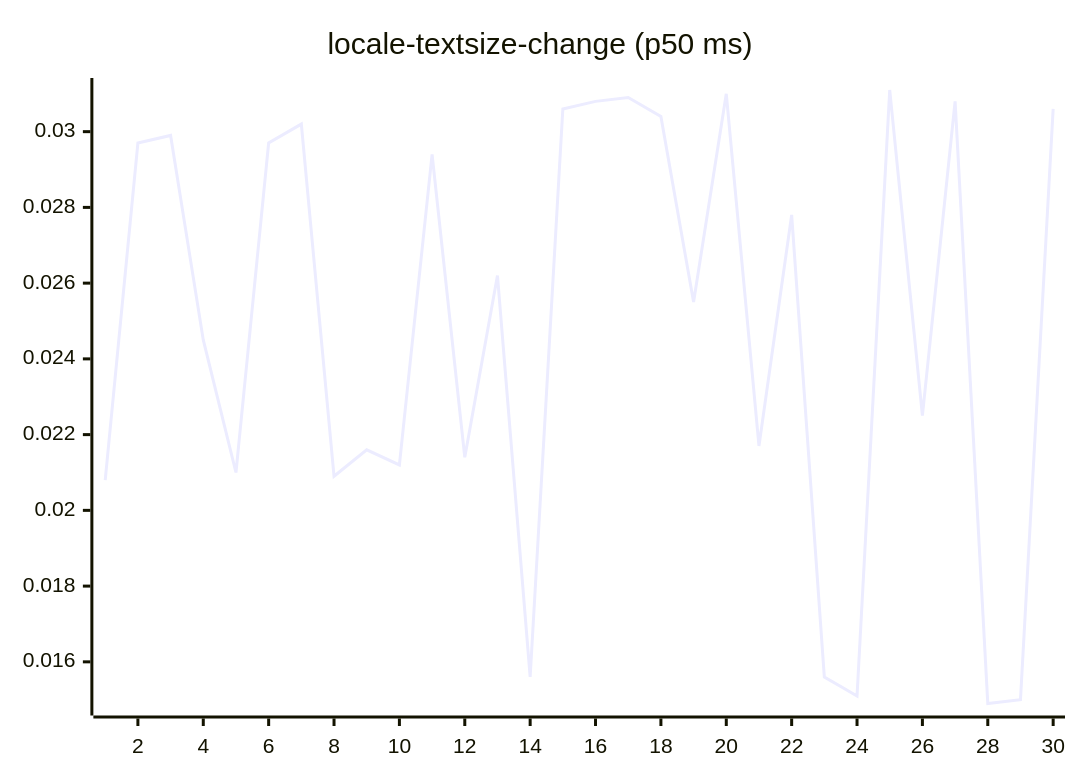
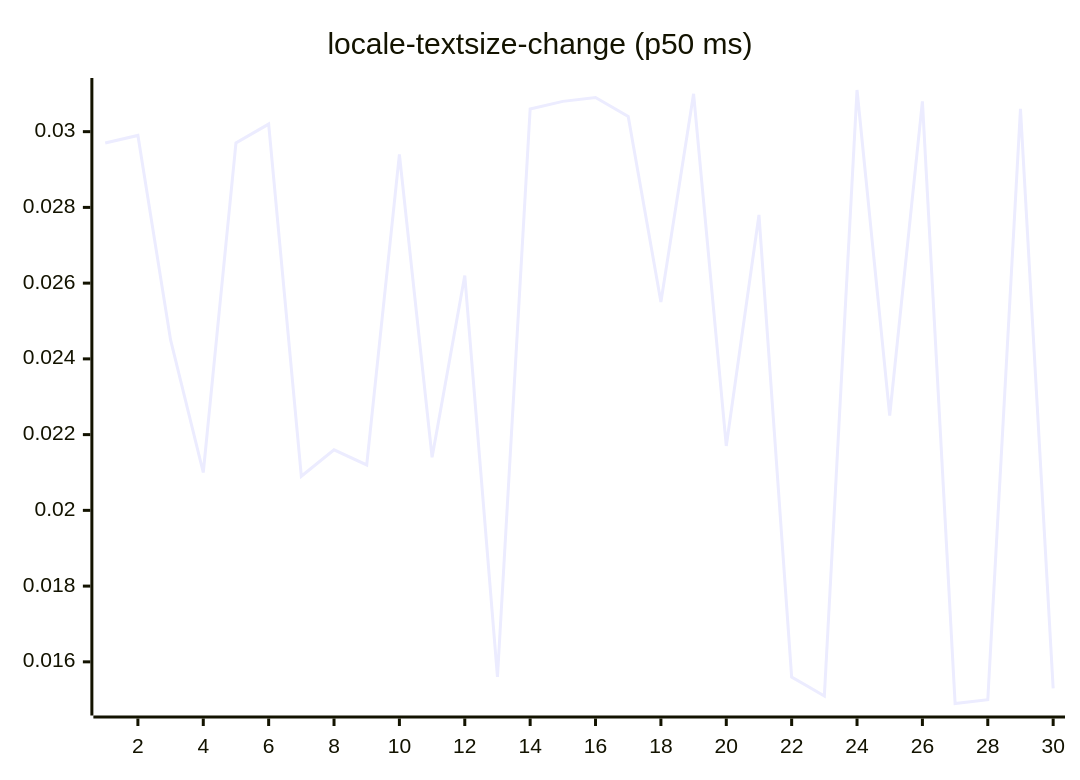
Diagram 13 of 27 in README.md (josha/Facet), drawn with Mermaid before and after one commit. The commit also changed other lines of this file and 2 other files, not shown here.

````diff
--- a/README.md
+++ b/README.md
@@ -147,6 +147,6 @@
 ```mermaid
 xychart-beta
     title "locale-textsize-change (p50 ms)"
     x-axis 1 --> 30
-    line [0.0208, 0.0297, 0.0299, 0.0245, 0.0210, 0.0297, 0.0302, 0.0209, 0.0216, 0.0212, 0.0294, 0.0214, 0.0262, 0.0156, 0.0306, 0.0308, 0.0309, 0.0304, 0.0255, 0.0310, 0.0217, 0.0278, 0.0156, 0.0151, 0.0311, 0.0225, 0.0308, 0.0149, 0.0150, 0.0306]
+    line [0.0297, 0.0299, 0.0245, 0.0210, 0.0297, 0.0302, 0.0209, 0.0216, 0.0212, 0.0294, 0.0214, 0.0262, 0.0156, 0.0306, 0.0308, 0.0309, 0.0304, 0.0255, 0.0310, 0.0217, 0.0278, 0.0156, 0.0151, 0.0311, 0.0225, 0.0308, 0.0149, 0.0150, 0.0306, 0.0153]
 ```
````
